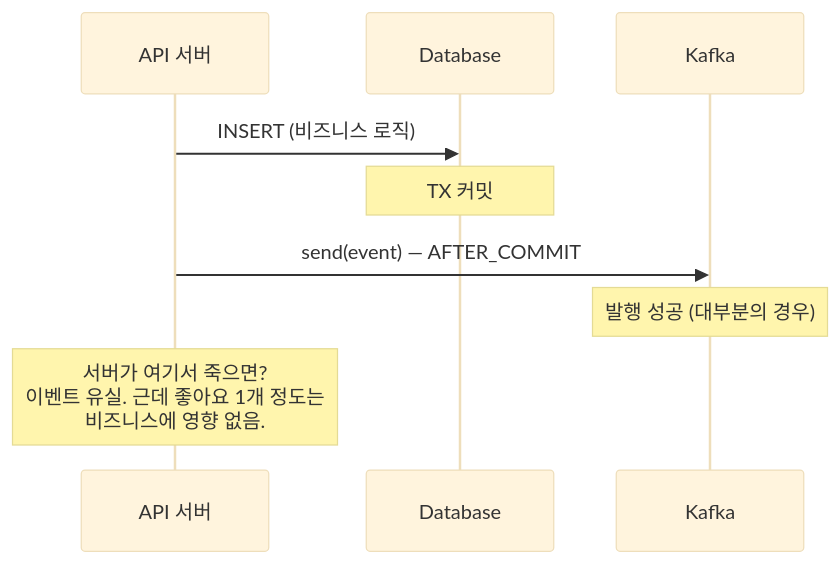
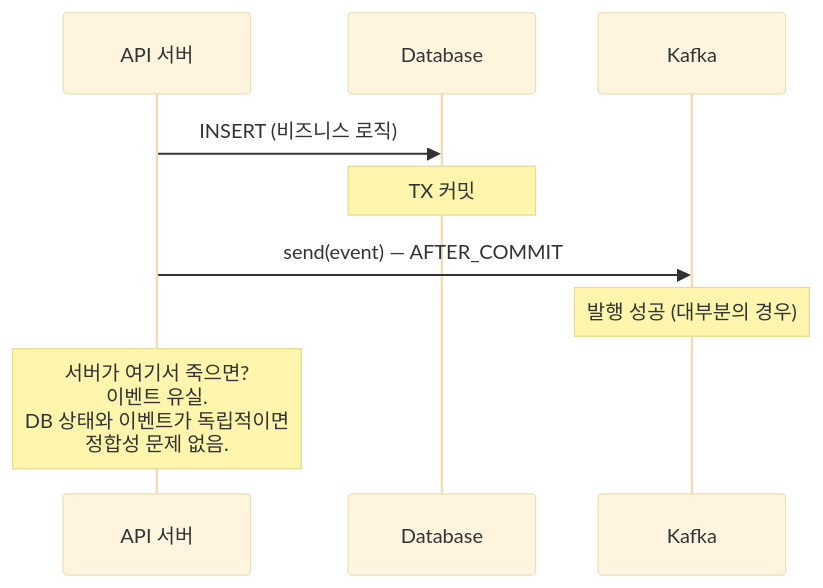
The tenth of 10 diagrams in src/test/java/com/example/messaging/step6_kafka/README.md (ghtjr410/messaging-lab), drawn with Mermaid (base theme) before and after one commit. The commit also changed other lines of this file and 2 other files, not shown here.

First line of the commit message:
docs: Step 6 Outbox 판단 기준을 DB-이벤트 원자성 관점으로 리프레이밍

````diff
--- a/src/test/java/com/example/messaging/step6_kafka/README.md
+++ b/src/test/java/com/example/messaging/step6_kafka/README.md
@@ -398,14 +421,14 @@
 ```mermaid
 sequenceDiagram
     participant API as API 서버
     participant DB as Database
     participant K as Kafka
 
     API->>DB: INSERT (비즈니스 로직)
     Note over DB: TX 커밋
 
     API->>K: send(event) — AFTER_COMMIT
     Note over K: 발행 성공 (대부분의 경우)
 
-    Note over API: 서버가 여기서 죽으면?<br/>이벤트 유실. 근데 좋아요 1개 정도는<br/>비즈니스에 영향 없음.
+    Note over API: 서버가 여기서 죽으면?<br/>이벤트 유실.<br/>DB 상태와 이벤트가 독립적이면<br/>정합성 문제 없음.
 ```
````
